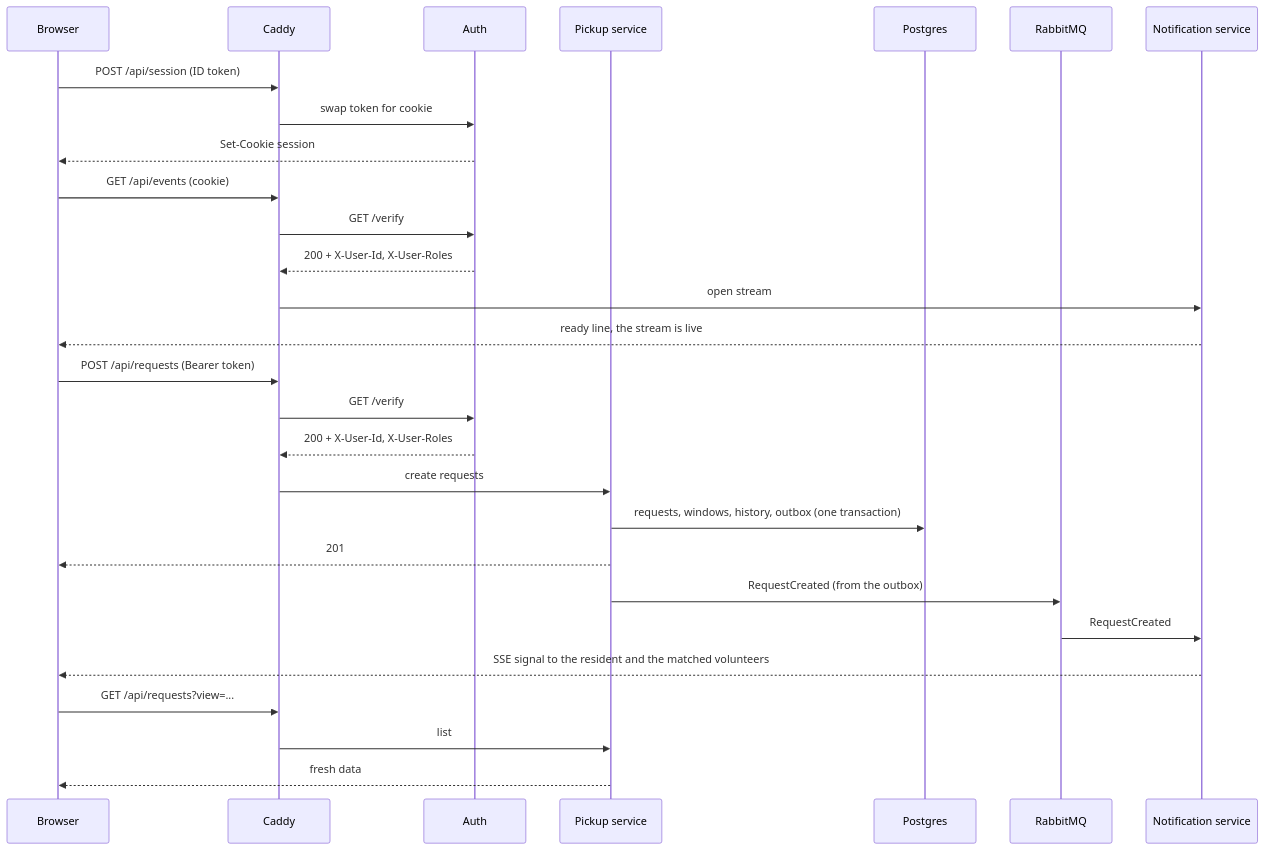
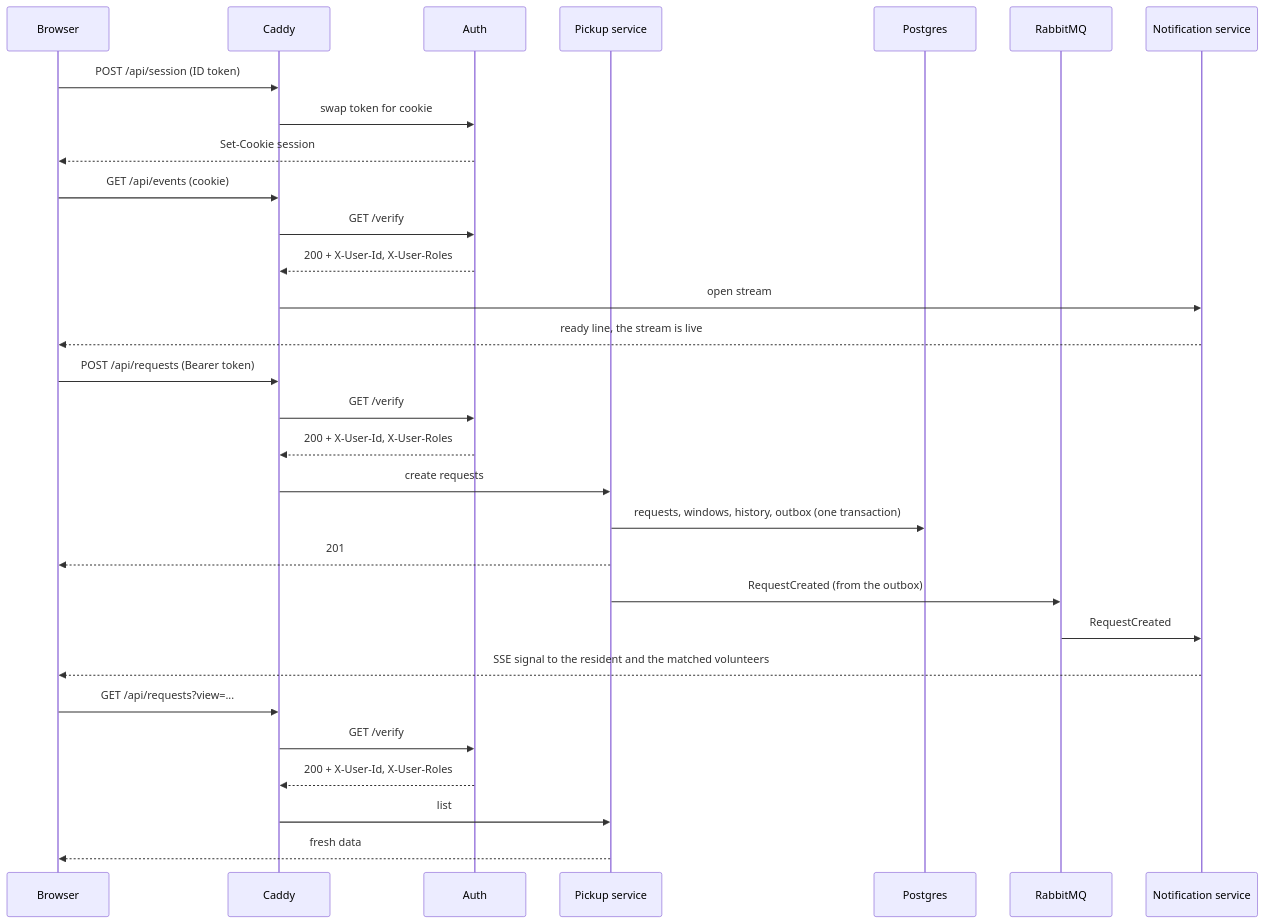
The diagram in contracts/README.md (dannydufau/ecocollect), drawn with Mermaid before and after one commit. The commit also changed 1 other file, not shown here.

Commit message:
Show the auth check on GET /api/requests in the README flow

````diff
--- a/contracts/README.md
+++ b/contracts/README.md
@@ -27,32 +27,34 @@
 ```mermaid
 sequenceDiagram
     participant B as Browser
     participant C as Caddy
     participant A as Auth
     participant P as Pickup service
     participant DB as Postgres
     participant MQ as RabbitMQ
     participant N as Notification service
 
     B->>C: POST /api/session (ID token)
     C->>A: swap token for cookie
     A-->>B: Set-Cookie session
     B->>C: GET /api/events (cookie)
     C->>A: GET /verify
     A-->>C: 200 + X-User-Id, X-User-Roles
     C->>N: open stream
     N-->>B: ready line, the stream is live
 
     B->>C: POST /api/requests (Bearer token)
     C->>A: GET /verify
     A-->>C: 200 + X-User-Id, X-User-Roles
     C->>P: create requests
     P->>DB: requests, windows, history, outbox (one transaction)
     P-->>B: 201
     P->>MQ: RequestCreated (from the outbox)
     MQ->>N: RequestCreated
     N-->>B: SSE signal to the resident and the matched volunteers
     B->>C: GET /api/requests?view=...
+    C->>A: GET /verify
+    A-->>C: 200 + X-User-Id, X-User-Roles
     C->>P: list
     P-->>B: fresh data
 ```
````
